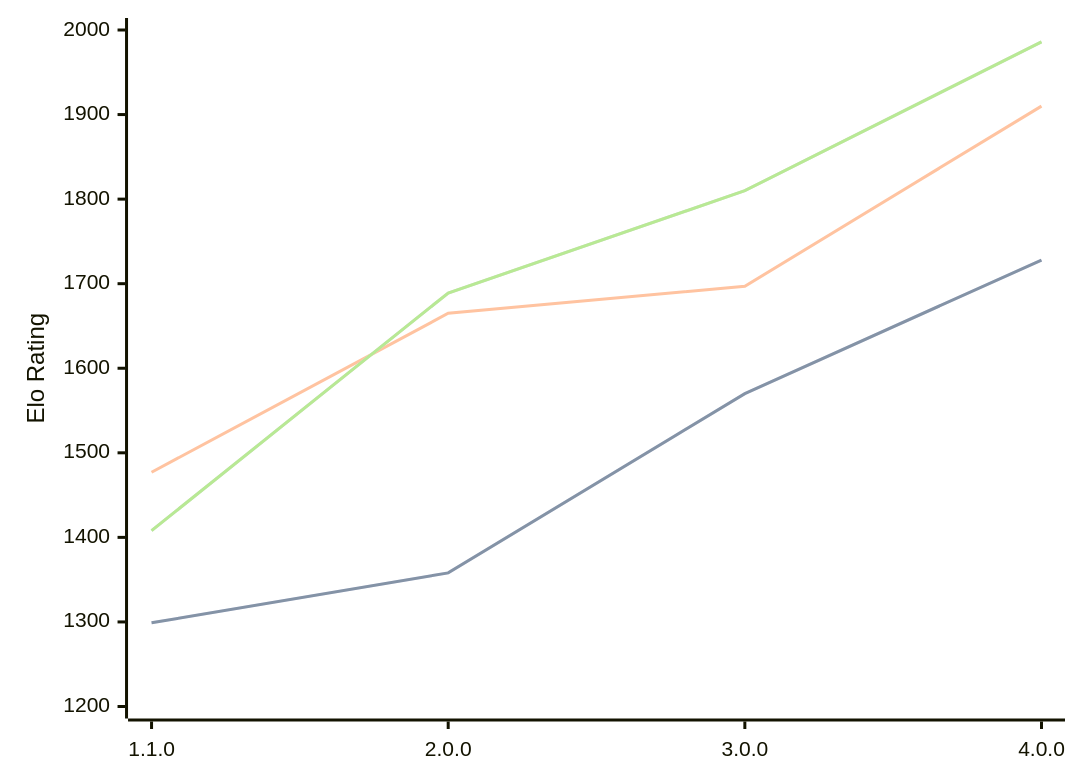
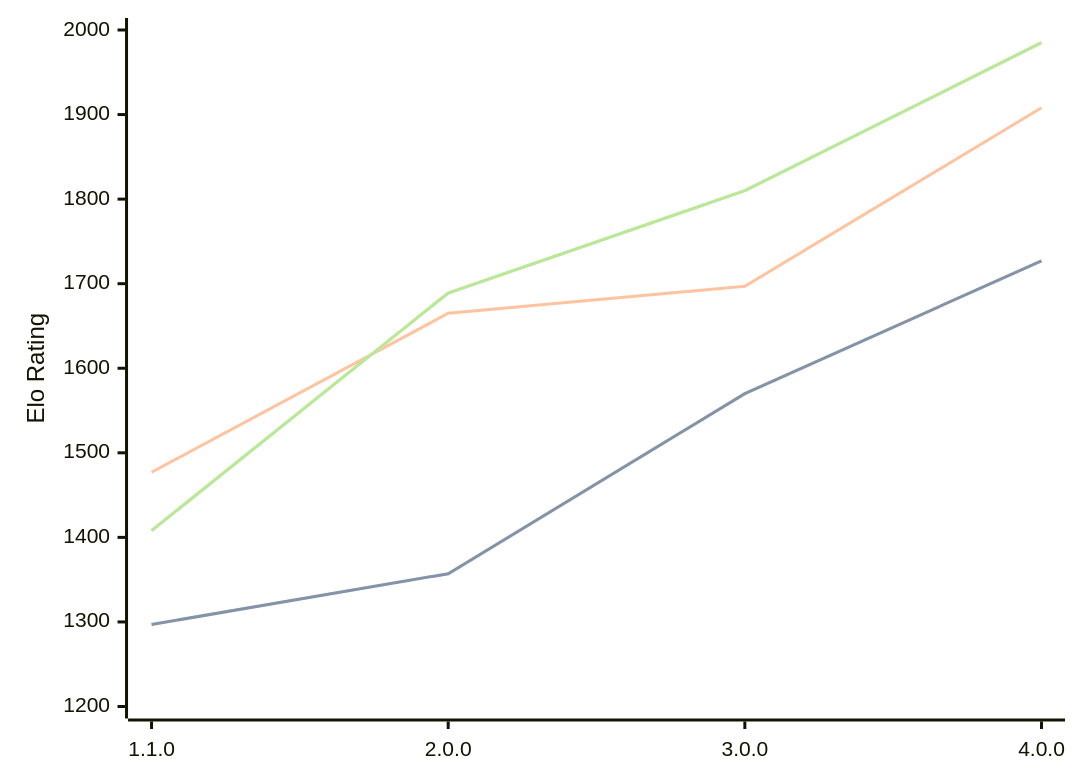
Before and after one commit to computer-chess-index/cci: the diagram in engines/Laura.md, drawn with Mermaid. The commit also changed other lines of this file, not shown here.

Commit message:
Update CCI Ratings (ELO VLTC) - 2026-08-27

````diff
--- a/engines/Laura.md
+++ b/engines/Laura.md
@@ -34,11 +34,11 @@
 ```mermaid
 %%{init: {"theme":"base","themeVariables":{"seriesColors:['#a3a3a3','#222221','#faa371']}}}%%
 xychart-beta
   x-axis ["1.1.0", "2.0.0", "3.0.0", "4.0.0"]
   y-axis "Elo Rating" 1200 --> 2000
-  line "STC (8.0+0.08s)" [1299, 1358, 1570, 1728]
-  line "STC (8.0+0.08s)" [1299, 1358, 1570, 1728]
-  line "LTC (60.0+0.60s)" [1477, 1665, 1697, 1910]
-  line "VLTC (2m24s+1.12s)" [1408, 1689, 1810, 1986]
-  line "VLTC (2m24s+1.12s)" [1408, 1689, 1810, 1986]
+  line "STC (8.0+0.08s)" [1297, 1357, 1570, 1727]
+  line "STC (8.0+0.08s)" [1297, 1357, 1570, 1727]
+  line "LTC (60.0+0.60s)" [1477, 1665, 1697, 1908]
+  line "VLTC (2m24s+1.12s)" [1408, 1689, 1810, 1985]
+  line "VLTC (2m24s+1.12s)" [1408, 1689, 1810, 1985]
 ```
````
